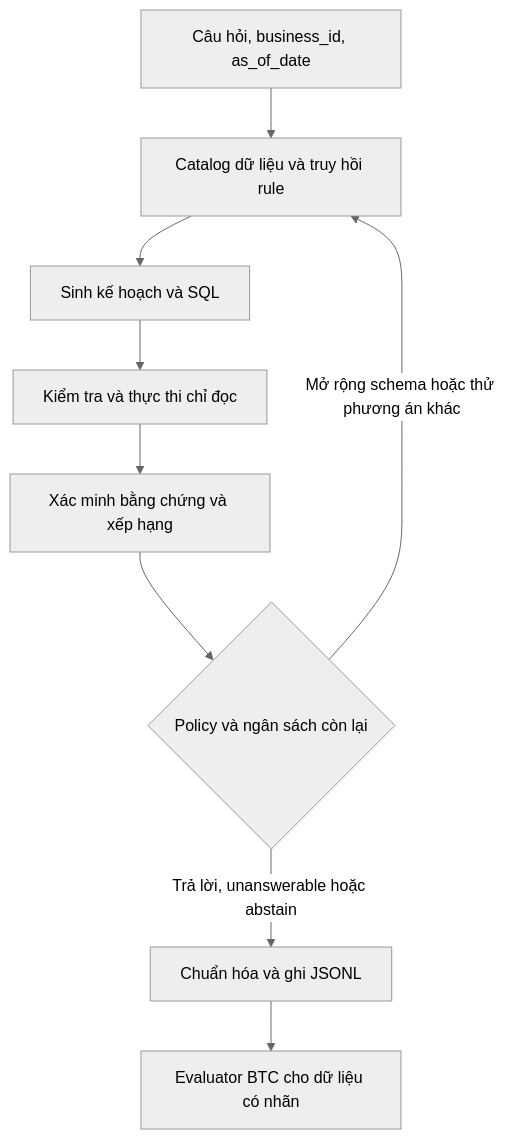
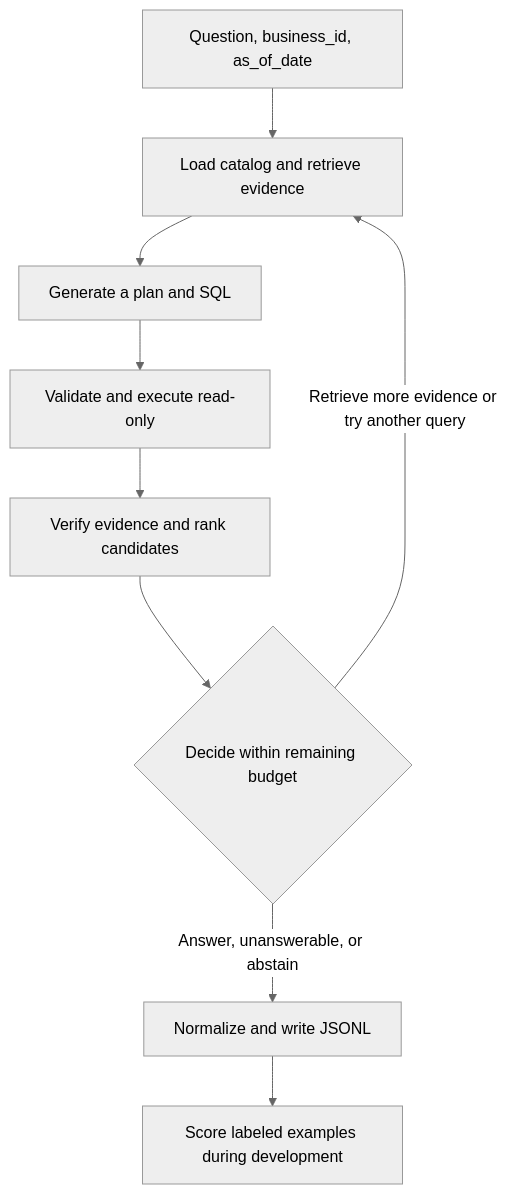
One commit to ryantr-statinops/query-processing-agent changed the diagram in docs/02-harness.md. Above: the diagram before and after it, drawn with Mermaid (neutral theme). The commit also changed other lines of this file, not shown here.

````diff
--- a/docs/02-harness.md
+++ b/docs/02-harness.md
@@ -5,11 +5,11 @@
 ```mermaid
 flowchart TD
-    Q[Câu hỏi, business_id, as_of_date] --> C[Catalog dữ liệu và truy hồi rule]
-    C --> G[Sinh kế hoạch và SQL]
-    G --> X[Kiểm tra và thực thi chỉ đọc]
-    X --> V[Xác minh bằng chứng và xếp hạng]
-    V --> P{Policy và ngân sách còn lại}
-    P -->|Mở rộng schema hoặc thử phương án khác| C
-    P -->|Trả lời, unanswerable hoặc abstain| O[Chuẩn hóa và ghi JSONL]
-    O --> E[Evaluator BTC cho dữ liệu có nhãn]
+    Q["Question, business_id, as_of_date"] --> C["Load catalog and retrieve evidence"]
+    C --> G["Generate a plan and SQL"]
+    G --> X["Validate and execute read-only"]
+    X --> V["Verify evidence and rank candidates"]
+    V --> P{"Decide within remaining budget"}
+    P -->|"Retrieve more evidence or try another query"| C
+    P -->|"Answer, unanswerable, or abstain"| O["Normalize and write JSONL"]
+    O --> E["Score labeled examples during development"]
 ```
````
